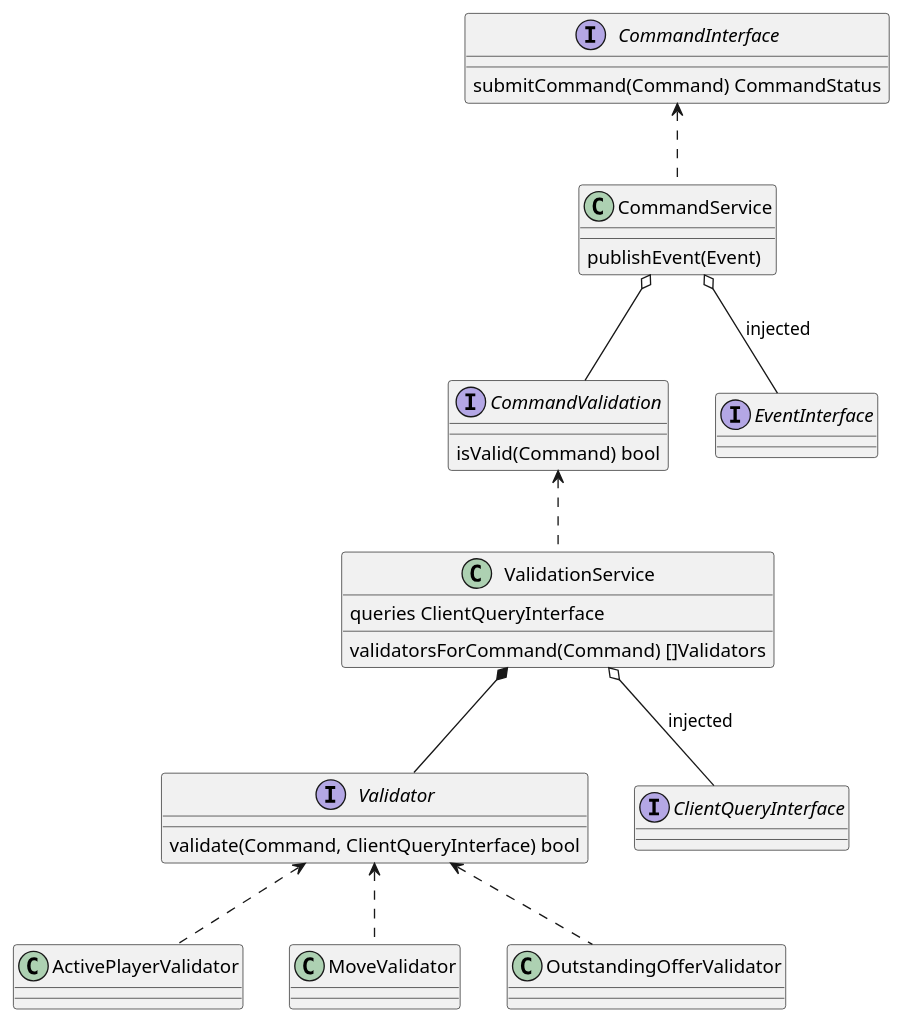
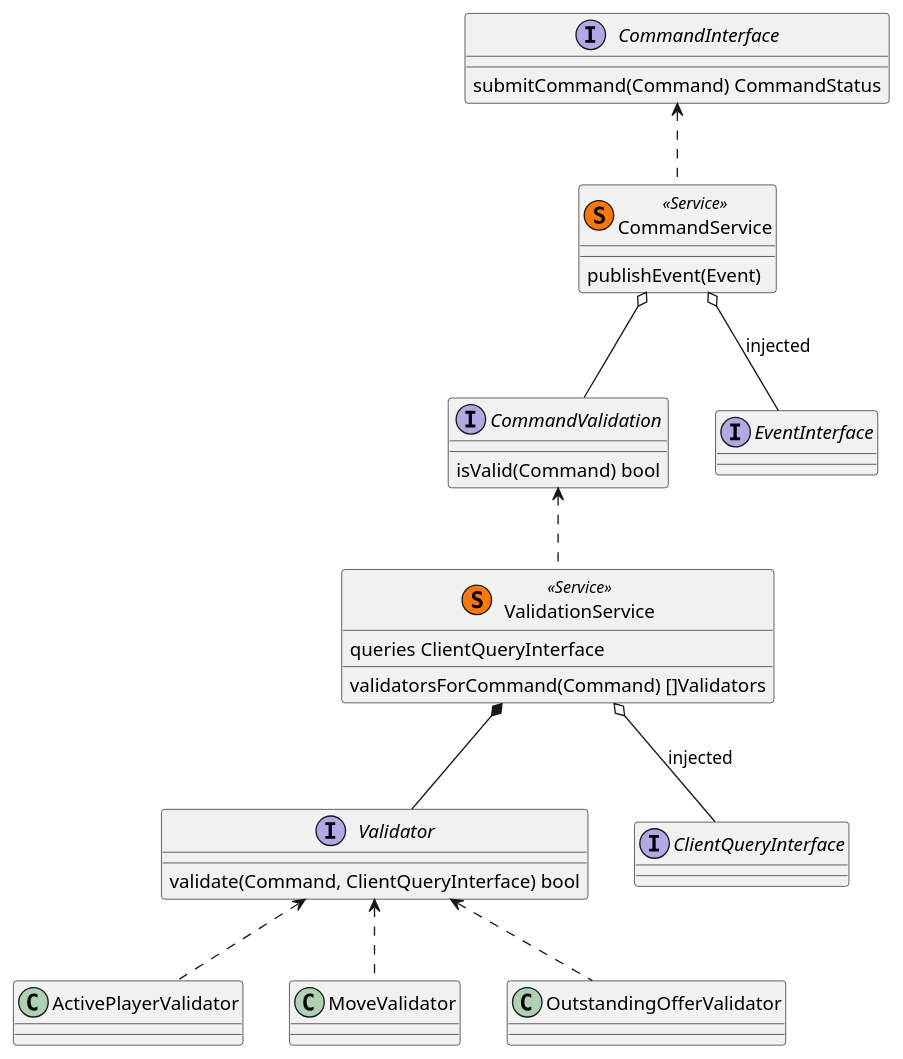
One commit to gnidan/foodtastechess-docs changed the second of 7 diagrams in design/class_diagrams.rst. Above: the diagram before and after it, drawn with PlantUML. The commit also changed other lines of this file, not shown here.

Commit message:
More iterating on class diagrams

```diff
--- a/design/class_diagrams.rst
+++ b/design/class_diagrams.rst
@@ -31,39 +31,39 @@
 .. uml::
     interface CommandInterface {
         submitCommand(Command) CommandStatus
     }
 
     interface CommandValidation {
         isValid(Command) bool
     }
 
-    class CommandService {
+    class CommandService << (S,#FF7700) Service >> {
         publishEvent(Event)
     }
 
-    class ValidationService {
+    class ValidationService << (S,#FF7700) Service >> {
         queries ClientQueryInterface
         validatorsForCommand(Command) []Validators
     }
 
     interface Validator {
         validate(Command, ClientQueryInterface) bool
     }
 
     class ActivePlayerValidator
     class MoveValidator
     class OutstandingOfferValidator
 
     ActivePlayerValidator .up.> Validator
     MoveValidator .up.> Validator
     OutstandingOfferValidator .up.> Validator
 
     CommandService .up.> CommandInterface
     CommandService o-- CommandValidation
     interface EventInterface
     CommandService o-- EventInterface : injected
 
     ValidationService .up.> CommandValidation
     ValidationService *-- Validator
     interface ClientQueryInterface
     ValidationService o-- ClientQueryInterface : injected
```
